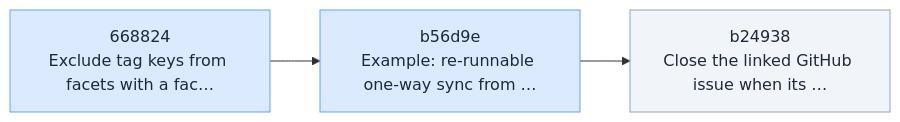
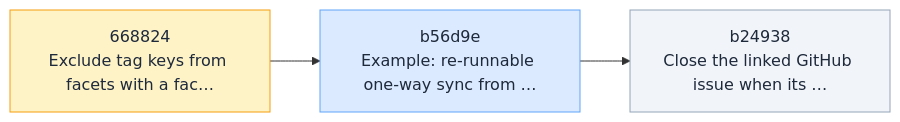
Before and after one commit to Vitund-AI/skald: the diagram in .skald/README.md, drawn with Mermaid. The commit also changed other lines of this file and 10 other files, not shown here.

````diff
--- a/.skald/README.md
+++ b/.skald/README.md
@@ -16,12 +16,14 @@
 ```mermaid
 flowchart LR
     n_668824["668824<br/>Exclude tag keys from facets with a fac…"]
     n_b24938["b24938<br/>Close the linked GitHub issue when its …"]
     n_b56d9e["b56d9e<br/>Example: re-runnable one-way sync from …"]
     n_b56d9e --> n_b24938
     n_668824 --> n_b56d9e
     classDef backlog fill:#f1f5f9,stroke:#94a3b8,color:#1e293b
     classDef ready fill:#dbeafe,stroke:#60a5fa,color:#1e293b
+    classDef active fill:#fef3c7,stroke:#f59e0b,color:#1e293b
+    class n_668824 active
+    class n_b56d9e ready
     class n_b24938 backlog
-    class n_668824,n_b56d9e ready
 ```
````
